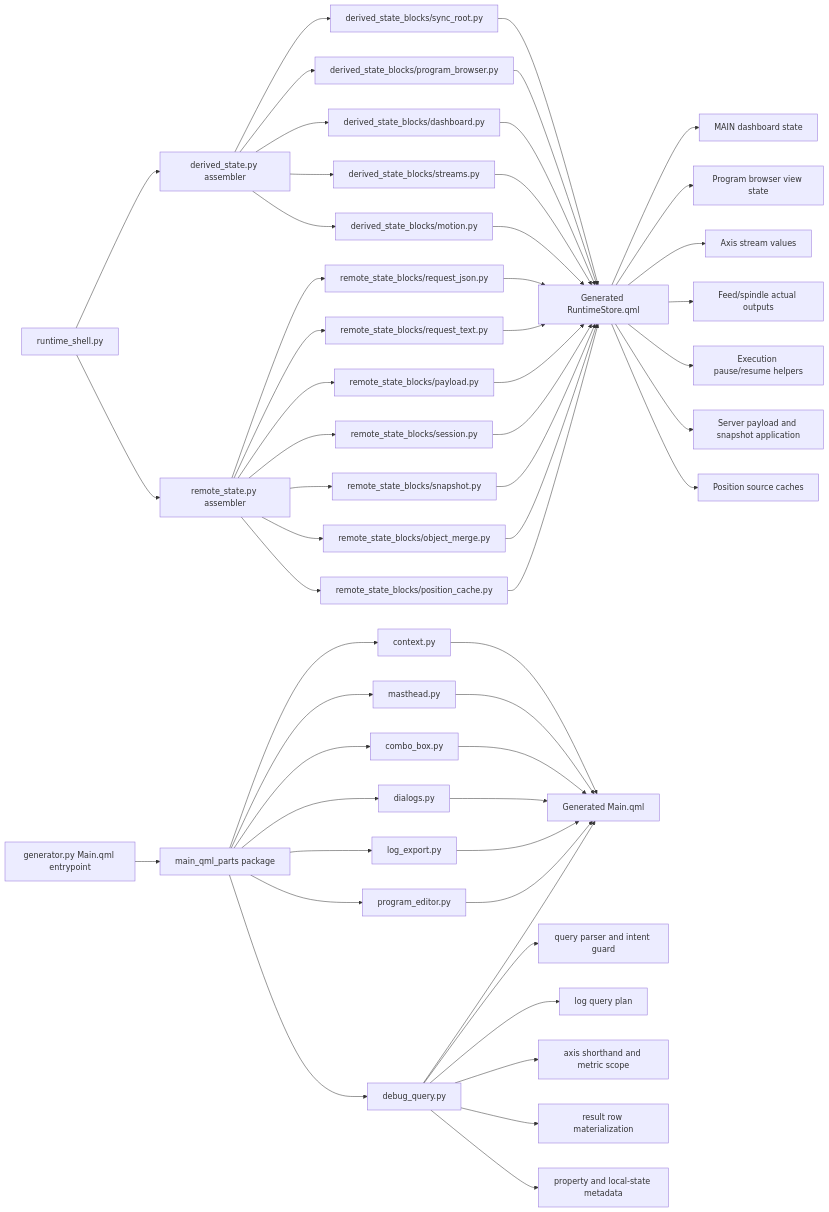
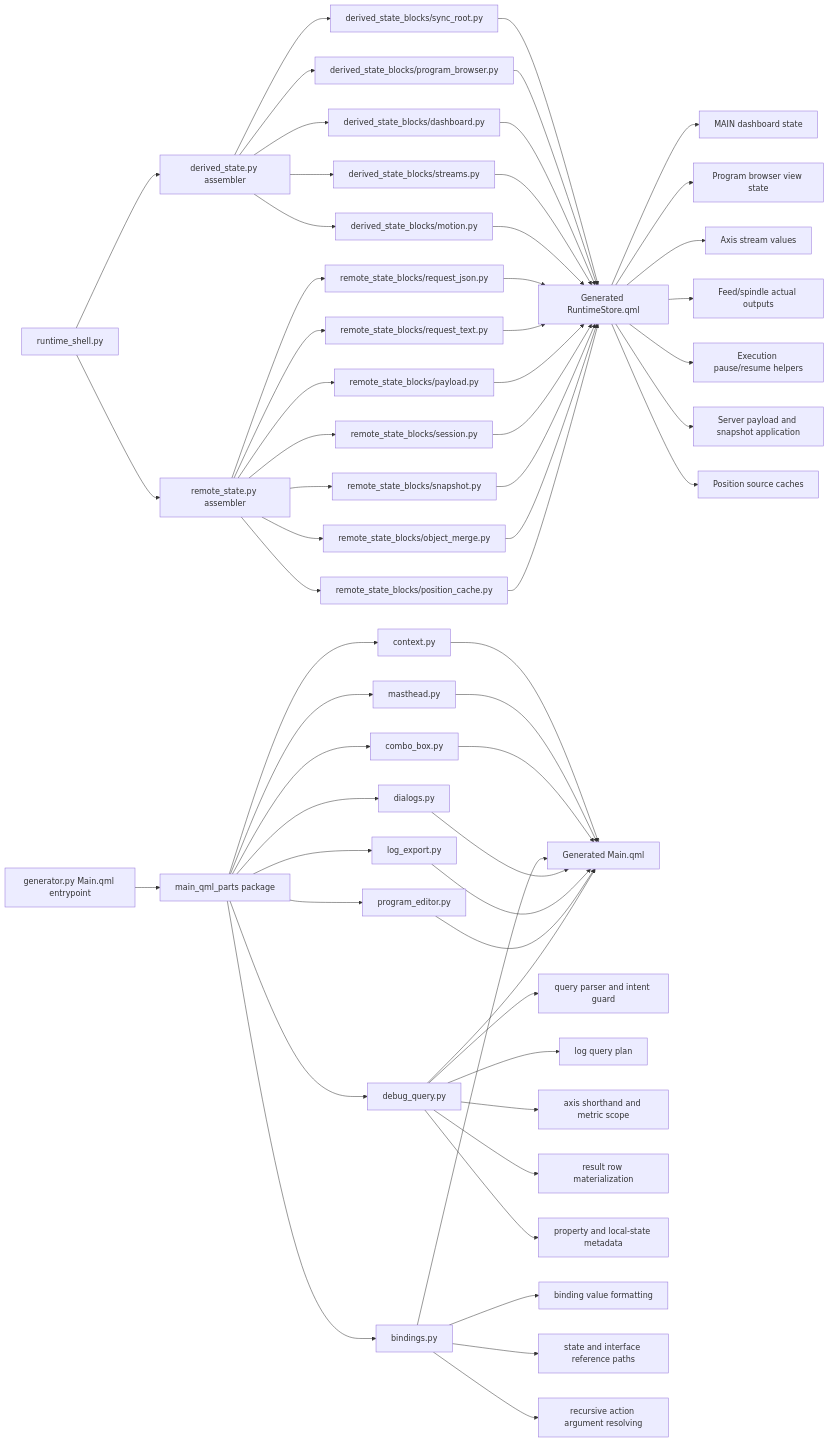
One commit to luppiterw/metanc_hmi_dsl_reports changed the diagram in 2026-05-10-codex-session/architecture-diagram.md. Above: the diagram before and after it, drawn with Mermaid. The commit also changed 15 other files, not shown here.

Commit message:
docs: refresh 2026-05-10 QML binding helper report

````diff
--- a/2026-05-10-codex-session/architecture-diagram.md
+++ b/2026-05-10-codex-session/architecture-diagram.md
@@ -3,61 +3,67 @@
 ```mermaid
 flowchart LR
     MainGen[generator.py Main.qml entrypoint] --> MainParts[main_qml_parts package]
     MainParts --> Context[context.py]
     MainParts --> Masthead[masthead.py]
     MainParts --> Combo[combo_box.py]
+    MainParts --> Bindings[bindings.py]
     MainParts --> Dialogs[dialogs.py]
     MainParts --> LogExport[log_export.py]
     MainParts --> ProgramEditor[program_editor.py]
     MainParts --> DebugQuery[debug_query.py]
 
     Shell[runtime_shell.py] --> Derived[derived_state.py assembler]
     Shell --> Remote[remote_state.py assembler]
     Derived --> SyncRoot[derived_state_blocks/sync_root.py]
     Derived --> Browser[derived_state_blocks/program_browser.py]
     Derived --> Dashboard[derived_state_blocks/dashboard.py]
     Derived --> Streams[derived_state_blocks/streams.py]
     Derived --> Motion[derived_state_blocks/motion.py]
     Remote --> RequestJson[remote_state_blocks/request_json.py]
     Remote --> RequestText[remote_state_blocks/request_text.py]
     Remote --> Payload[remote_state_blocks/payload.py]
     Remote --> Session[remote_state_blocks/session.py]
     Remote --> Snapshot[remote_state_blocks/snapshot.py]
     Remote --> Merge[remote_state_blocks/object_merge.py]
     Remote --> PositionCache[remote_state_blocks/position_cache.py]
 
     SyncRoot --> RuntimeStore[Generated RuntimeStore.qml]
     Browser --> RuntimeStore
     Dashboard --> RuntimeStore
     Streams --> RuntimeStore
     Motion --> RuntimeStore
     RequestJson --> RuntimeStore
     RequestText --> RuntimeStore
     Payload --> RuntimeStore
     Session --> RuntimeStore
     Snapshot --> RuntimeStore
     Merge --> RuntimeStore
     PositionCache --> RuntimeStore
 
     Context --> MainQml[Generated Main.qml]
     Masthead --> MainQml
     Combo --> MainQml
+    Bindings --> MainQml
     Dialogs --> MainQml
     LogExport --> MainQml
     ProgramEditor --> MainQml
     DebugQuery --> MainQml
 
     RuntimeStore --> Main[MAIN dashboard state]
     RuntimeStore --> ProgramDir[Program browser view state]
     RuntimeStore --> AxisStream[Axis stream values]
     RuntimeStore --> MotionOutputs[Feed/spindle actual outputs]
     RuntimeStore --> ExecutionControl[Execution pause/resume helpers]
     RuntimeStore --> ServerPayload[Server payload and snapshot application]
     RuntimeStore --> PositionSources[Position source caches]
 
     DebugQuery --> QueryParser[query parser and intent guard]
     DebugQuery --> LogQuery[log query plan]
     DebugQuery --> AxisScope[axis shorthand and metric scope]
     DebugQuery --> ResultRows[result row materialization]
     DebugQuery --> ValueMeta[property and local-state metadata]
+
+    Bindings --> BindingFormat[binding value formatting]
+    Bindings --> RefPaths[state and interface reference paths]
+    Bindings --> ActionArgs[recursive action argument resolving]
 ```
````
